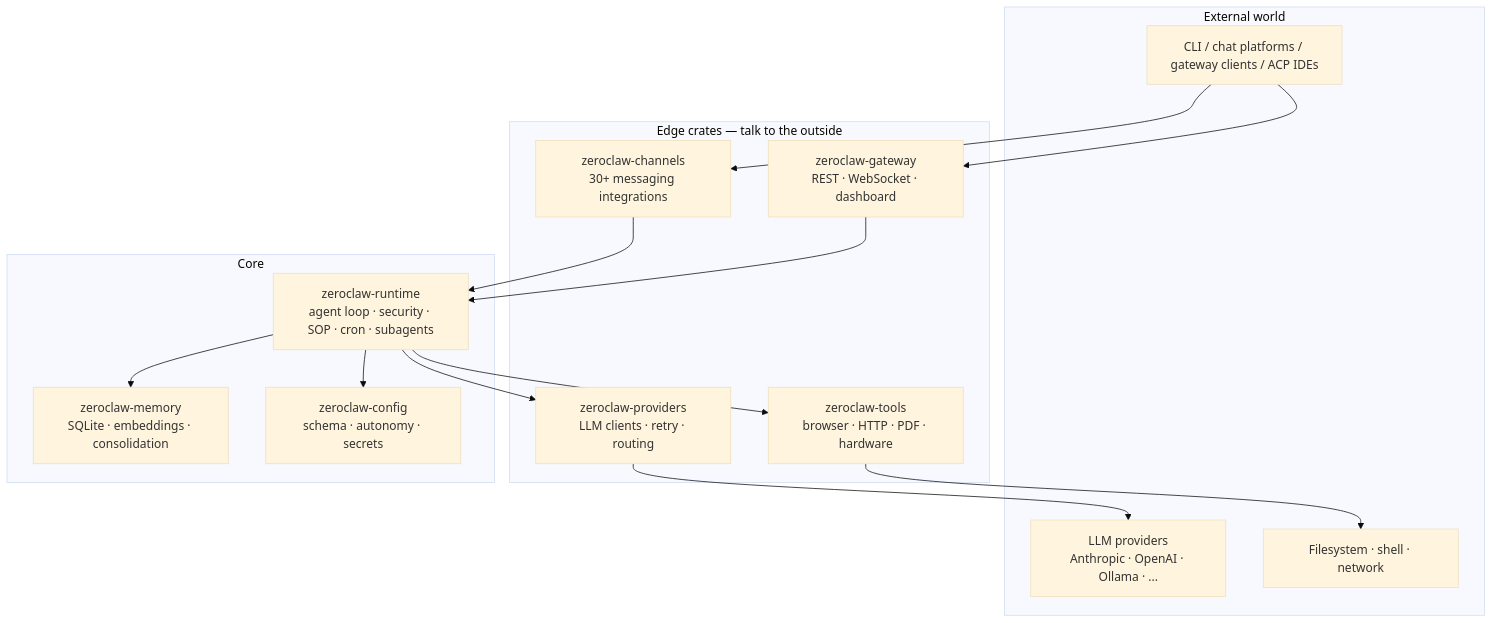
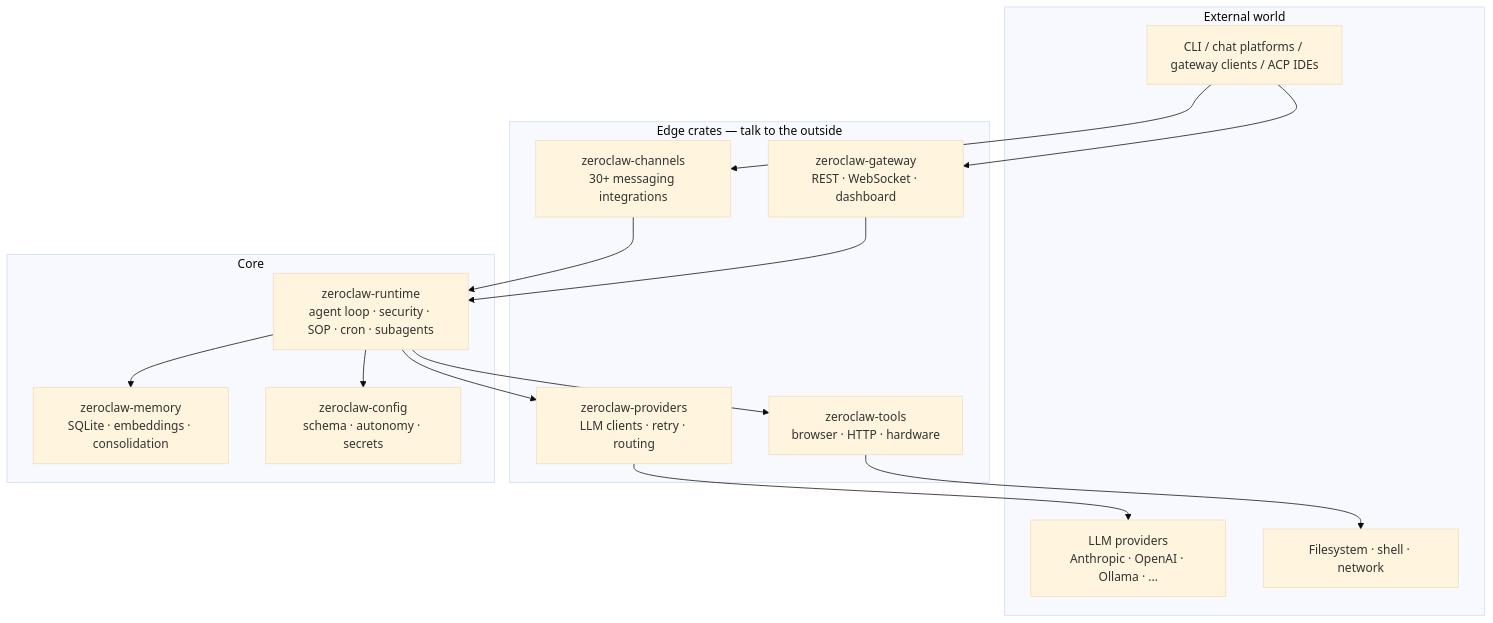
One commit to zeroclaw-labs/zeroclaw changed the first of 2 diagrams in docs/book/src/architecture/overview.md. Above: the diagram before and after it, drawn with Mermaid (base theme). The commit also changed other lines of this file, not shown here.

Commit message:
docs(architecture): drop PDF from zeroclaw-tools overview
PR #8547 removes the rag-pdf feature and PdfReadTool, but the
architecture overview still listed PDF as a built-in zeroclaw-tools
capability. Update the Mermaid diagram and the crate table to match
the remaining tool surface (browser, HTTP, hardware).

````diff
--- a/docs/book/src/architecture/overview.md
+++ b/docs/book/src/architecture/overview.md
@@ -7,32 +7,32 @@
 ```mermaid
 flowchart TB
     subgraph External["External world"]
         UI["CLI / chat platforms / gateway clients / ACP IDEs"]
         LLM["LLM providers<br/>Anthropic · OpenAI · Ollama · ..."]
         FS["Filesystem · shell · network"]
     end
 
     subgraph Edges["Edge crates — talk to the outside"]
         CH["zeroclaw-channels<br/>30+ messaging integrations"]
         GW["zeroclaw-gateway<br/>REST · WebSocket · dashboard"]
         PR["zeroclaw-providers<br/>LLM clients · retry · routing"]
-        TL["zeroclaw-tools<br/>browser · HTTP · PDF · hardware"]
+        TL["zeroclaw-tools<br/>browser · HTTP · hardware"]
     end
 
     subgraph Core["Core"]
         RT["zeroclaw-runtime<br/>agent loop · security · SOP · cron · subagents"]
         MEM["zeroclaw-memory<br/>SQLite · embeddings · consolidation"]
         CFG["zeroclaw-config<br/>schema · autonomy · secrets"]
     end
 
     UI --> CH
     UI --> GW
     CH --> RT
     GW --> RT
     RT --> PR
     RT --> TL
     RT --> MEM
     RT --> CFG
     PR --> LLM
     TL --> FS
 ```
````
